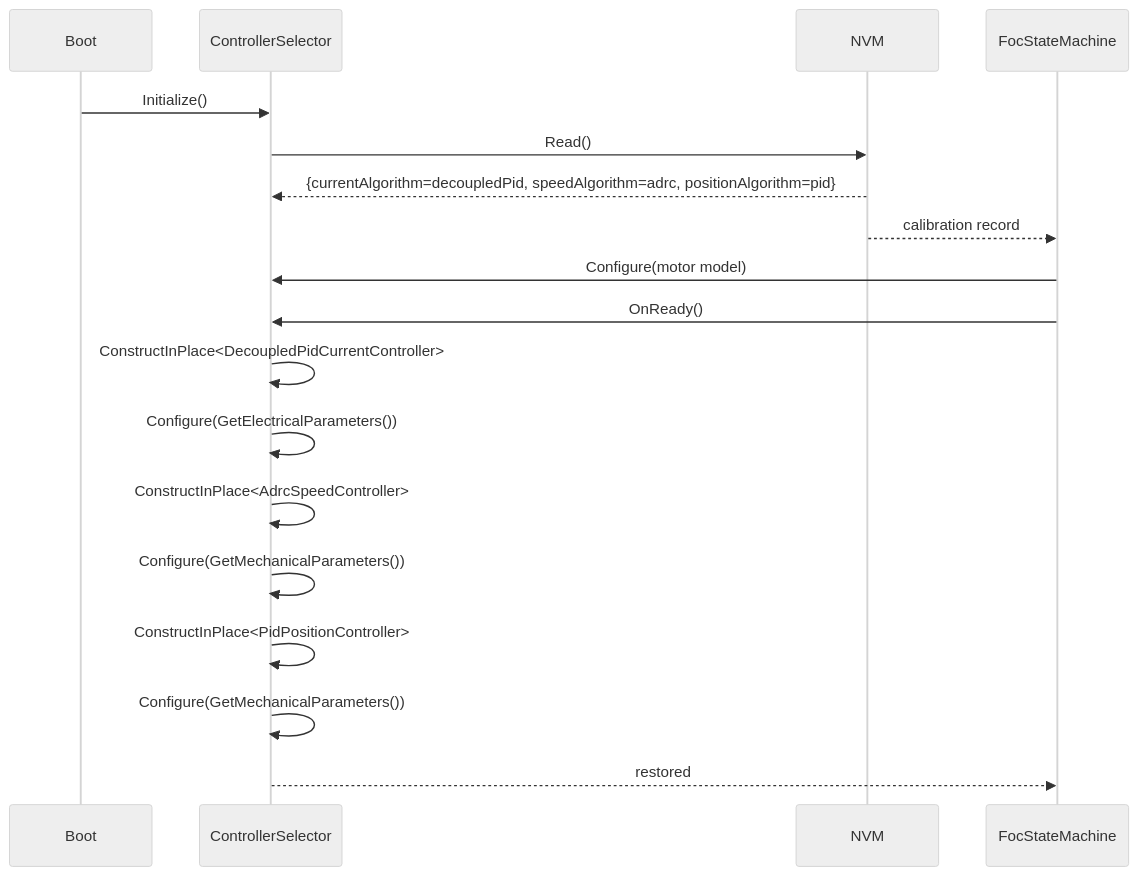
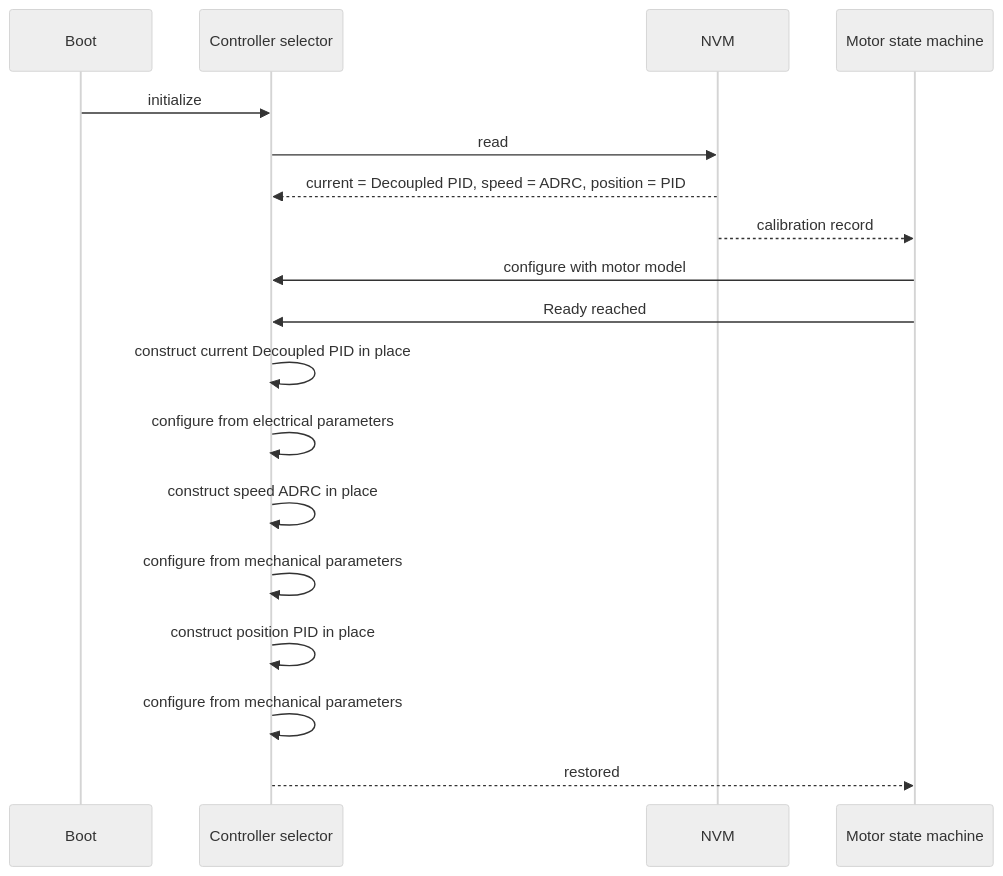
Before and after one commit to embedded-pro/e-foc: the eighth of 9 diagrams in documentation/design/controller-selection.md, drawn with Mermaid (neutral theme). The commit also changed other lines of this file and 37 other files, not shown here.

````diff
--- a/documentation/design/controller-selection.md
+++ b/documentation/design/controller-selection.md
@@ -604,21 +607,21 @@
 ```mermaid
 sequenceDiagram
     participant Boot
-    participant Selector as ControllerSelector
+    participant Selector as Controller selector
     participant NVM
-    participant StateMachine as FocStateMachine
+    participant StateMachine as Motor state machine
 
-    Boot->>Selector: Initialize()
-    Selector->>NVM: Read()
-    NVM-->>Selector: {currentAlgorithm=decoupledPid, speedAlgorithm=adrc, positionAlgorithm=pid}
+    Boot->>Selector: initialize
+    Selector->>NVM: read
+    NVM-->>Selector: current = Decoupled PID, speed = ADRC, position = PID
     NVM-->>StateMachine: calibration record
-    StateMachine->>Selector: Configure(motor model)
-    StateMachine->>Selector: OnReady()
-    Selector->>Selector: ConstructInPlace<DecoupledPidCurrentController>
-    Selector->>Selector: Configure(GetElectricalParameters())
-    Selector->>Selector: ConstructInPlace<AdrcSpeedController>
-    Selector->>Selector: Configure(GetMechanicalParameters())
-    Selector->>Selector: ConstructInPlace<PidPositionController>
-    Selector->>Selector: Configure(GetMechanicalParameters())
+    StateMachine->>Selector: configure with motor model
+    StateMachine->>Selector: Ready reached
+    Selector->>Selector: construct current Decoupled PID in place
+    Selector->>Selector: configure from electrical parameters
+    Selector->>Selector: construct speed ADRC in place
+    Selector->>Selector: configure from mechanical parameters
+    Selector->>Selector: construct position PID in place
+    Selector->>Selector: configure from mechanical parameters
     Selector-->>StateMachine: restored
 ```
````
